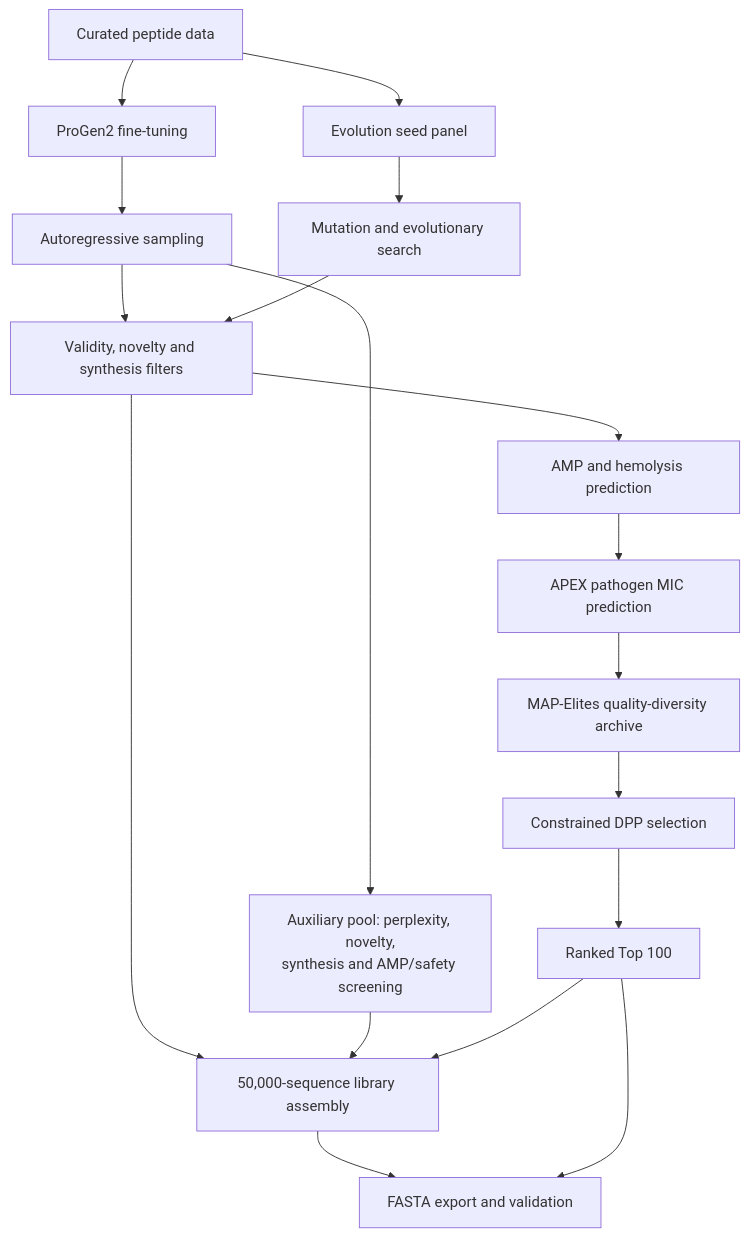
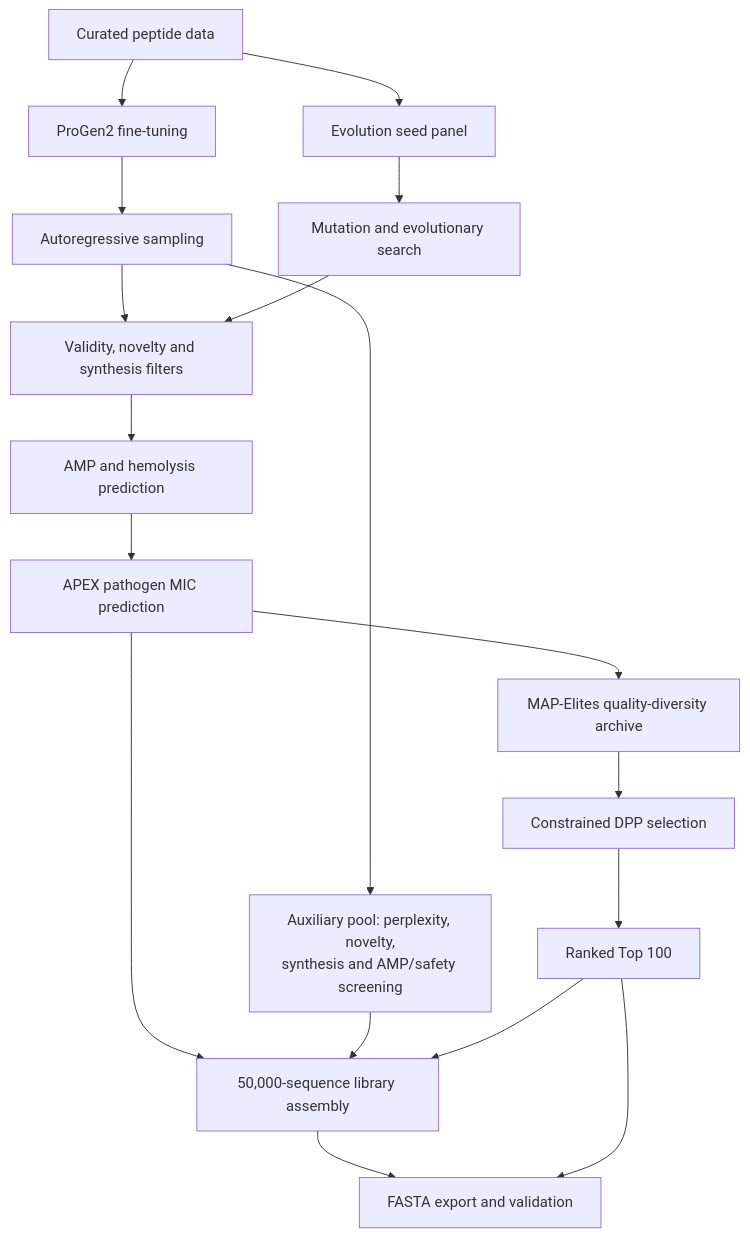
The diagram in README.md (RishyanthReddy/amp-challenge-public), drawn with Mermaid before and after one commit. The commit also changed other lines of this file, not shown here.

````diff
--- a/README.md
+++ b/README.md
@@ -37,20 +37,20 @@
 ```mermaid
 flowchart TD
     D[Curated peptide data] --> P[ProGen2 fine-tuning]
     D --> S[Evolution seed panel]
     P --> A[Autoregressive sampling]
     S --> E[Mutation and evolutionary search]
     A --> F[Validity, novelty and synthesis filters]
     E --> F
     F --> R[AMP and hemolysis prediction]
     R --> M[APEX pathogen MIC prediction]
     M --> Q[MAP-Elites quality-diversity archive]
     Q --> K[Constrained DPP selection]
     K --> T[Ranked Top 100]
     A --> U["Auxiliary pool: perplexity, novelty,<br/>synthesis and AMP/safety screening"]
-    F --> L[50,000-sequence library assembly]
+    M --> L[50,000-sequence library assembly]
     U --> L
     T --> L
     L --> V[FASTA export and validation]
     T --> V
 ```
````
